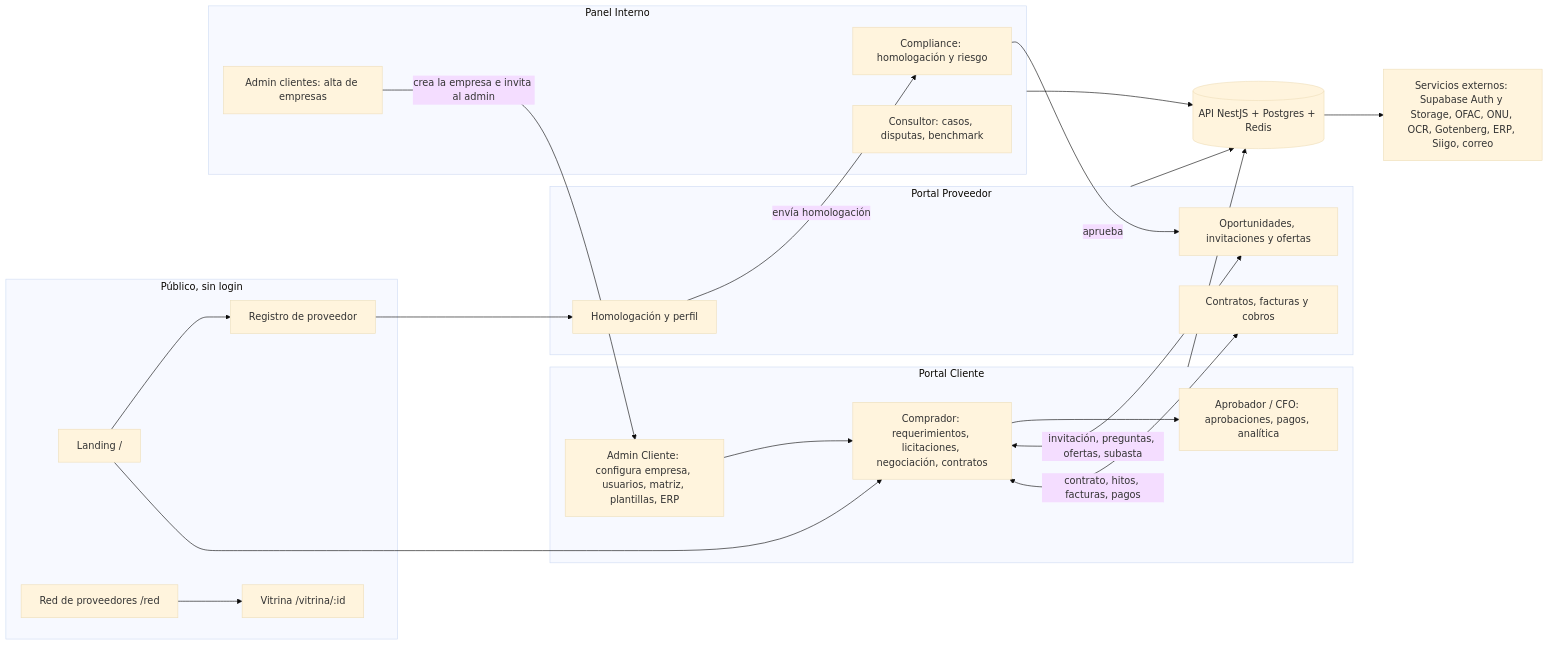
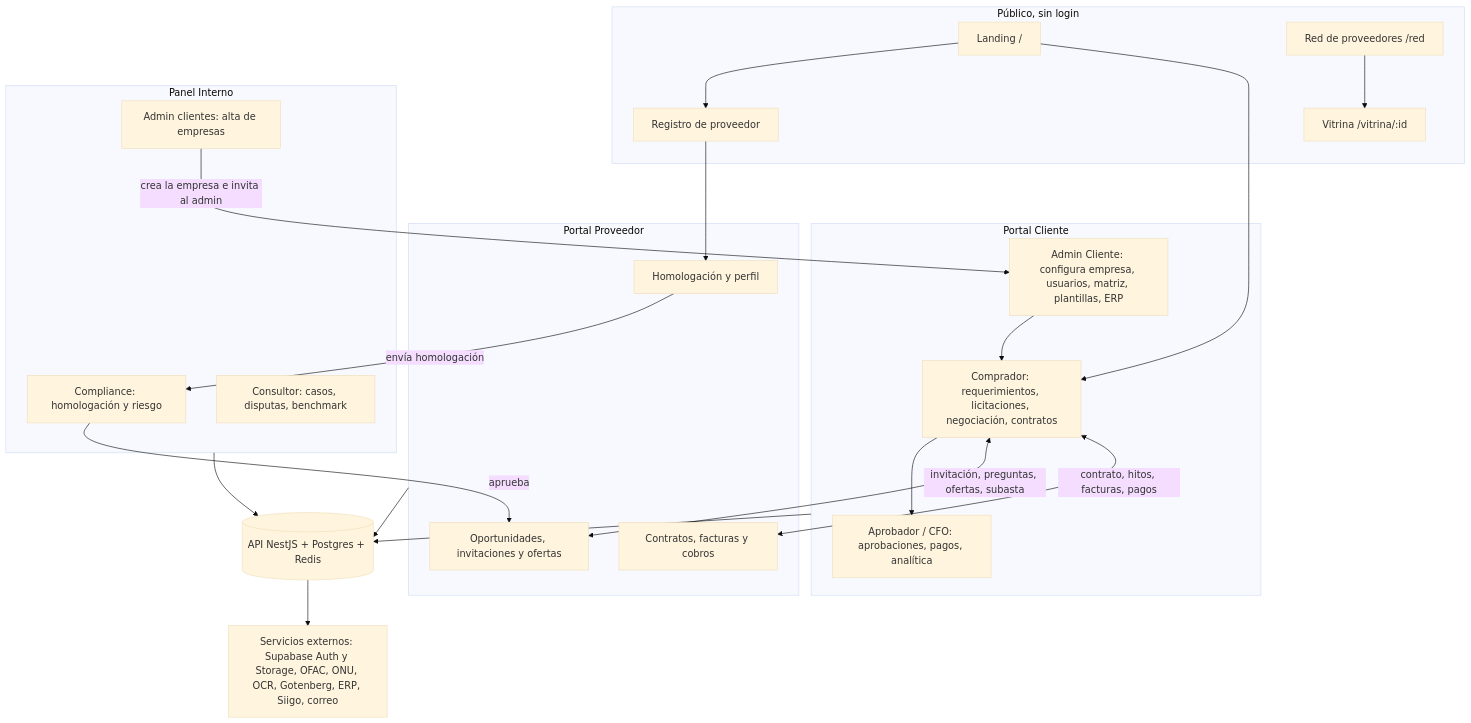
One commit to johnalecc21/bolt_pro changed the first of 34 diagrams in docs/DIAGRAMAS-FLUJO.md. Above: the diagram before and after it, drawn with Mermaid (base theme). The commit also changed other lines of this file, not shown here.

First line of the commit message:
Diagramas de flujo: horizontales pasados a verticales

````diff
--- a/docs/DIAGRAMAS-FLUJO.md
+++ b/docs/DIAGRAMAS-FLUJO.md
@@ -38,37 +38,37 @@
 ```mermaid
-flowchart LR
+flowchart TD
     subgraph PUB["Público, sin login"]
         L["Landing /"]
         RED["Red de proveedores /red"]
         VIT["Vitrina /vitrina/:id"]
         REG["Registro de proveedor"]
     end
     subgraph CLI["Portal Cliente"]
         C1["Admin Cliente: configura empresa, usuarios, matriz, plantillas, ERP"]
         C2["Comprador: requerimientos, licitaciones, negociación, contratos"]
         C3["Aprobador / CFO: aprobaciones, pagos, analítica"]
     end
     subgraph PRO["Portal Proveedor"]
         P1["Homologación y perfil"]
         P2["Oportunidades, invitaciones y ofertas"]
         P3["Contratos, facturas y cobros"]
     end
     subgraph INT["Panel Interno"]
         I1["Compliance: homologación y riesgo"]
         I2["Consultor: casos, disputas, benchmark"]
         I3["Admin clientes: alta de empresas"]
     end
     API[("API NestJS + Postgres + Redis")]
     EXT["Servicios externos: Supabase Auth y Storage, OFAC, ONU, OCR, Gotenberg, ERP, Siigo, correo"]
 
     L --> REG --> P1
     L --> C2
     RED --> VIT
     I3 -->|"crea la empresa e invita al admin"| C1
     C1 --> C2 --> C3
     P1 -->|"envía homologación"| I1
     I1 -->|"aprueba"| P2
     C2 <-->|"invitación, preguntas, ofertas, subasta"| P2
     C2 <-->|"contrato, hitos, facturas, pagos"| P3
     CLI & PRO & INT --> API --> EXT
 ```
````
